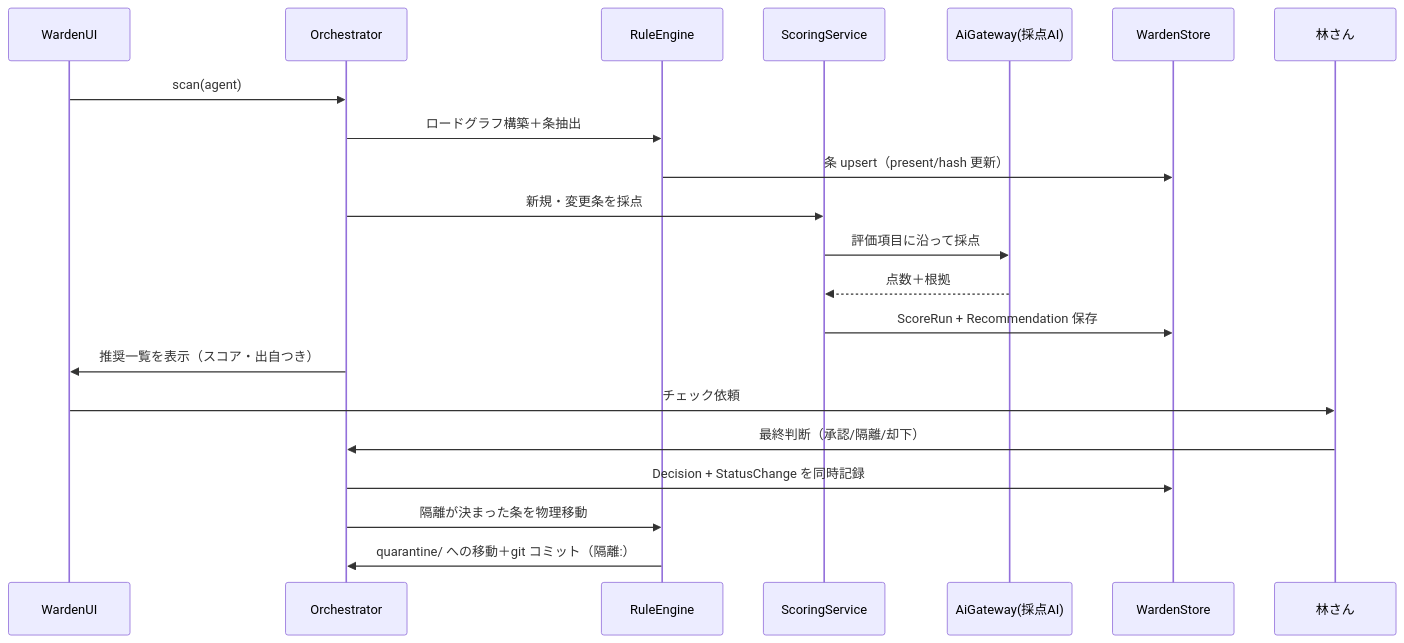
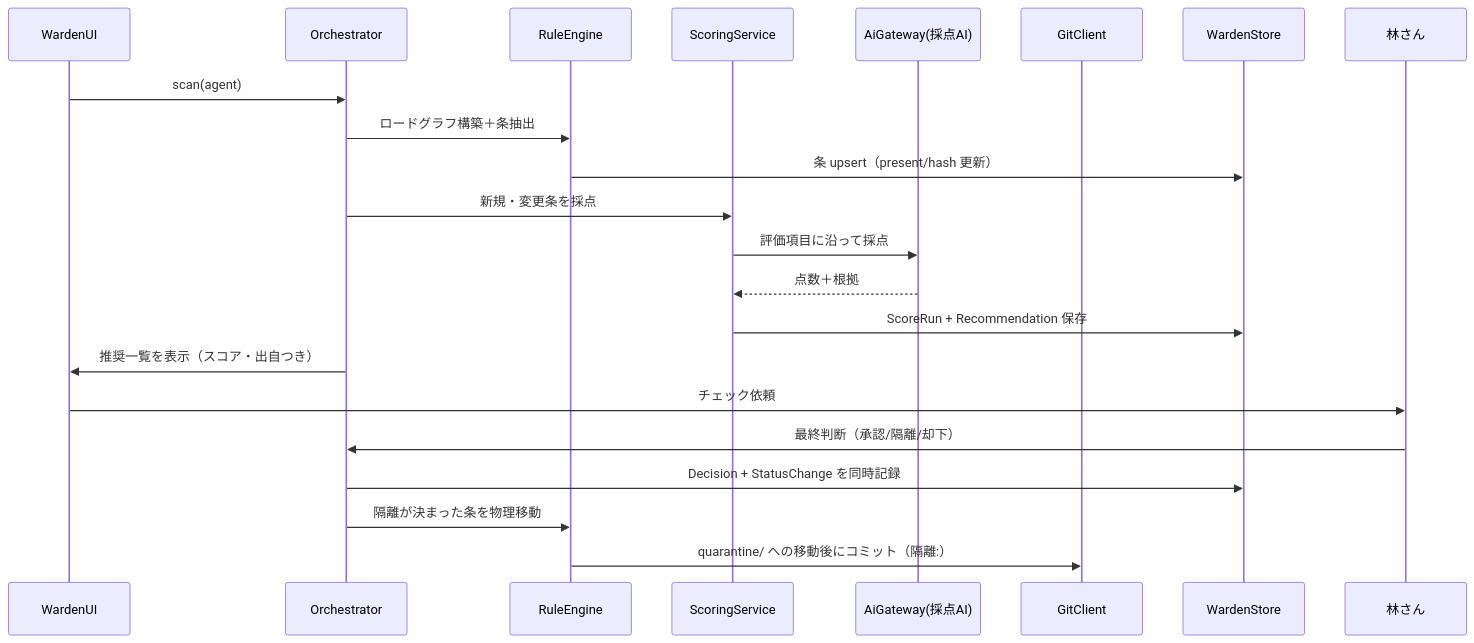
One commit to khayashi4337/rule-warden changed the third of 6 diagrams in docs/adr/0002.5-domain-model.md. Above: the diagram before and after it, drawn with Mermaid. The commit also changed other lines of this file, not shown here.

````diff
--- a/docs/adr/0002.5-domain-model.md
+++ b/docs/adr/0002.5-domain-model.md
@@ -181,24 +196,25 @@
 ```mermaid
 sequenceDiagram
     participant U as WardenUI
     participant O as Orchestrator
     participant RE as RuleEngine
     participant SC as ScoringService
     participant AI as AiGateway(採点AI)
+    participant GC as GitClient
     participant DB as WardenStore
     participant H as 林さん
 
     U->>O: scan(agent)
     O->>RE: ロードグラフ構築＋条抽出
     RE->>DB: 条 upsert（present/hash 更新）
     O->>SC: 新規・変更条を採点
     SC->>AI: 評価項目に沿って採点
     AI-->>SC: 点数＋根拠
     SC->>DB: ScoreRun + Recommendation 保存
     O->>U: 推奨一覧を表示（スコア・出自つき）
     U->>H: チェック依頼
     H->>O: 最終判断（承認/隔離/却下）
     O->>DB: Decision + StatusChange を同時記録
     O->>RE: 隔離が決まった条を物理移動
-    RE->>O: quarantine/ への移動＋git コミット（隔離:）
+    RE->>GC: quarantine/ への移動後にコミット（隔離:）
 ```
````
